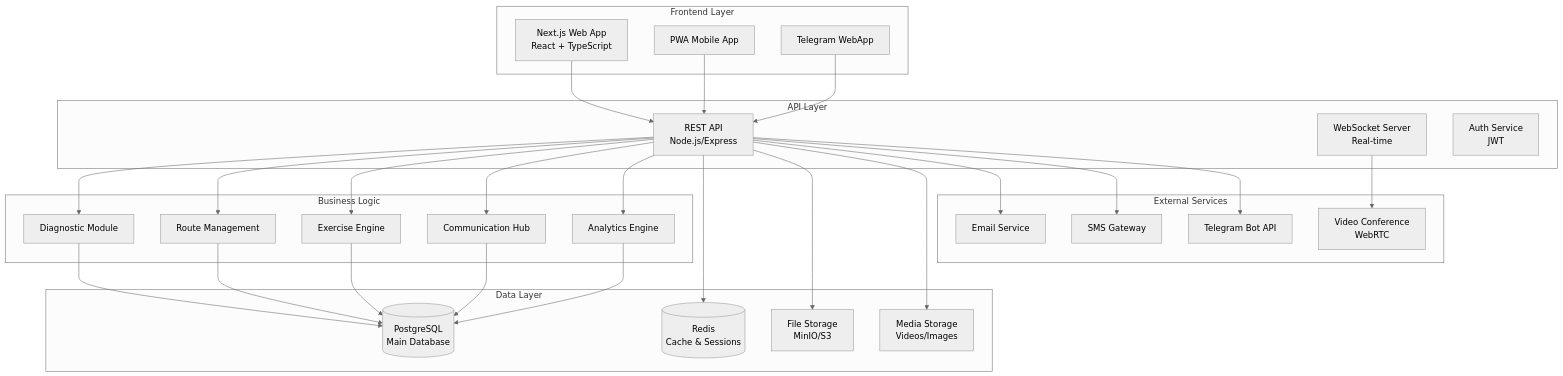
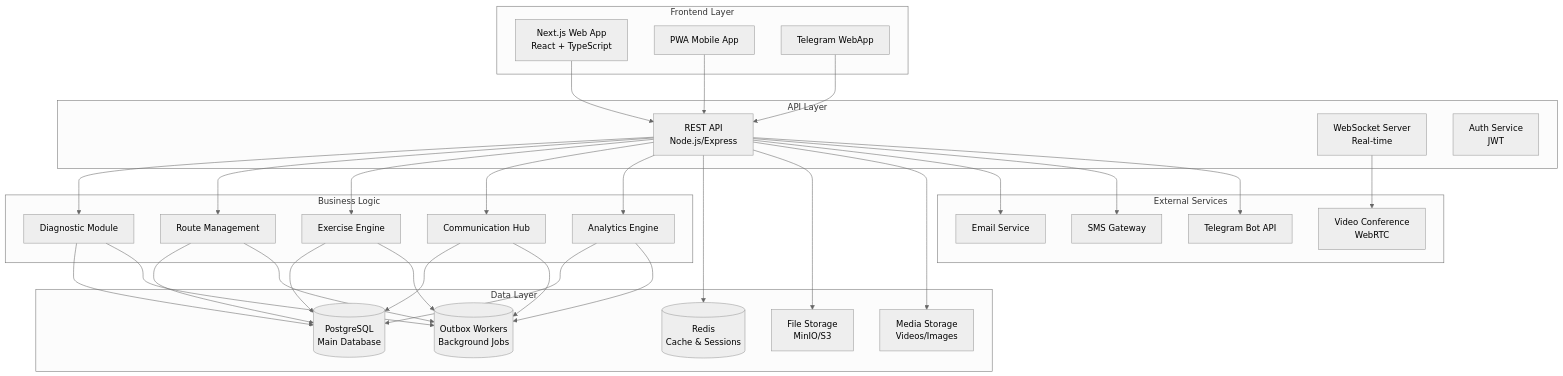
Before and after one commit to a-afanasyev/neiro_platform: the diagram in Documents/ТЕХНИЧЕСКОЕ_ЗАДАНИЕ_NEIRO_PLATFORM.md, drawn with Mermaid (neutral theme). The commit also changed other lines of this file and 8 other files, not shown here.

`````diff
--- a/Documents/ТЕХНИЧЕСКОЕ_ЗАДАНИЕ_NEIRO_PLATFORM.md
+++ b/Documents/ТЕХНИЧЕСКОЕ_ЗАДАНИЕ_NEIRO_PLATFORM.md
@@ -144,61 +155,68 @@
 ````mermaid
 graph TB
     subgraph "Frontend Layer"
         WEB[Next.js Web App<br/>React + TypeScript]
         PWA[PWA Mobile App]
         TG[Telegram WebApp]
     end
     
     subgraph "API Layer"
         API[REST API<br/>Node.js/Express]
         WS[WebSocket Server<br/>Real-time]
         AUTH[Auth Service<br/>JWT]
     end
     
     subgraph "Business Logic"
         DIAG[Diagnostic Module]
         ROUTE[Route Management]
         EXERCISE[Exercise Engine]
         COMM[Communication Hub]
         ANALYTICS[Analytics Engine]
     end
     
     subgraph "Data Layer"
         DB[(PostgreSQL<br/>Main Database)]
         REDIS[(Redis<br/>Cache & Sessions)]
+        OUTBOX[(Outbox Workers<br/>Background Jobs)]
         FILES[File Storage<br/>MinIO/S3]
         MEDIA[Media Storage<br/>Videos/Images]
     end
     
     subgraph "External Services"
         EMAIL[Email Service]
         SMS[SMS Gateway]
         TG_BOT[Telegram Bot API]
         VIDEO[Video Conference<br/>WebRTC]
     end
     
     WEB --> API
     PWA --> API
     TG --> API
     
     API --> DIAG
     API --> ROUTE
     API --> EXERCISE
     API --> COMM
     API --> ANALYTICS
     
     DIAG --> DB
     ROUTE --> DB
     EXERCISE --> DB
     COMM --> DB
     ANALYTICS --> DB
     
     API --> REDIS
     API --> FILES
     API --> MEDIA
     
+    DIAG --> OUTBOX
+    ROUTE --> OUTBOX
+    EXERCISE --> OUTBOX
+    COMM --> OUTBOX
+    ANALYTICS --> OUTBOX
+    
     API --> EMAIL
     API --> SMS
     API --> TG_BOT
     WS --> VIDEO
 ````
`````
